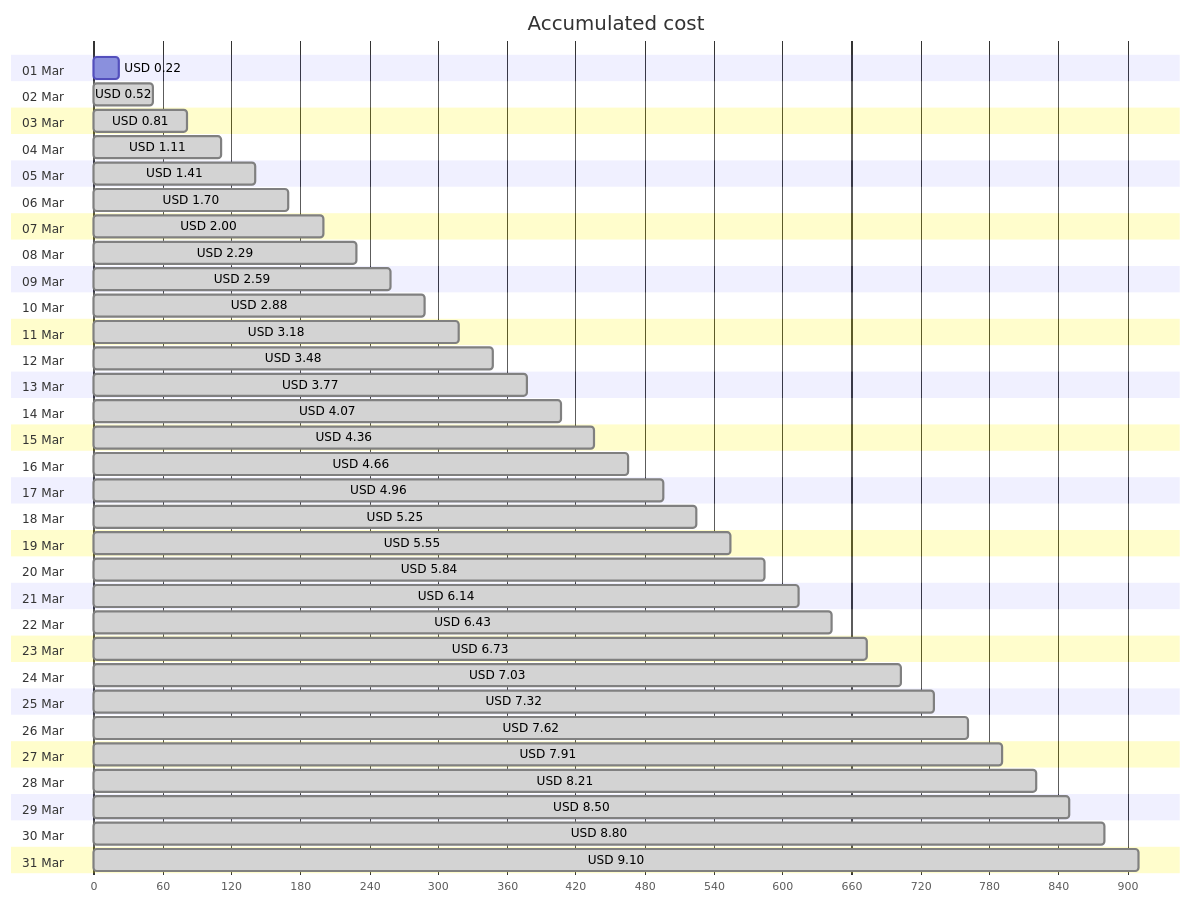
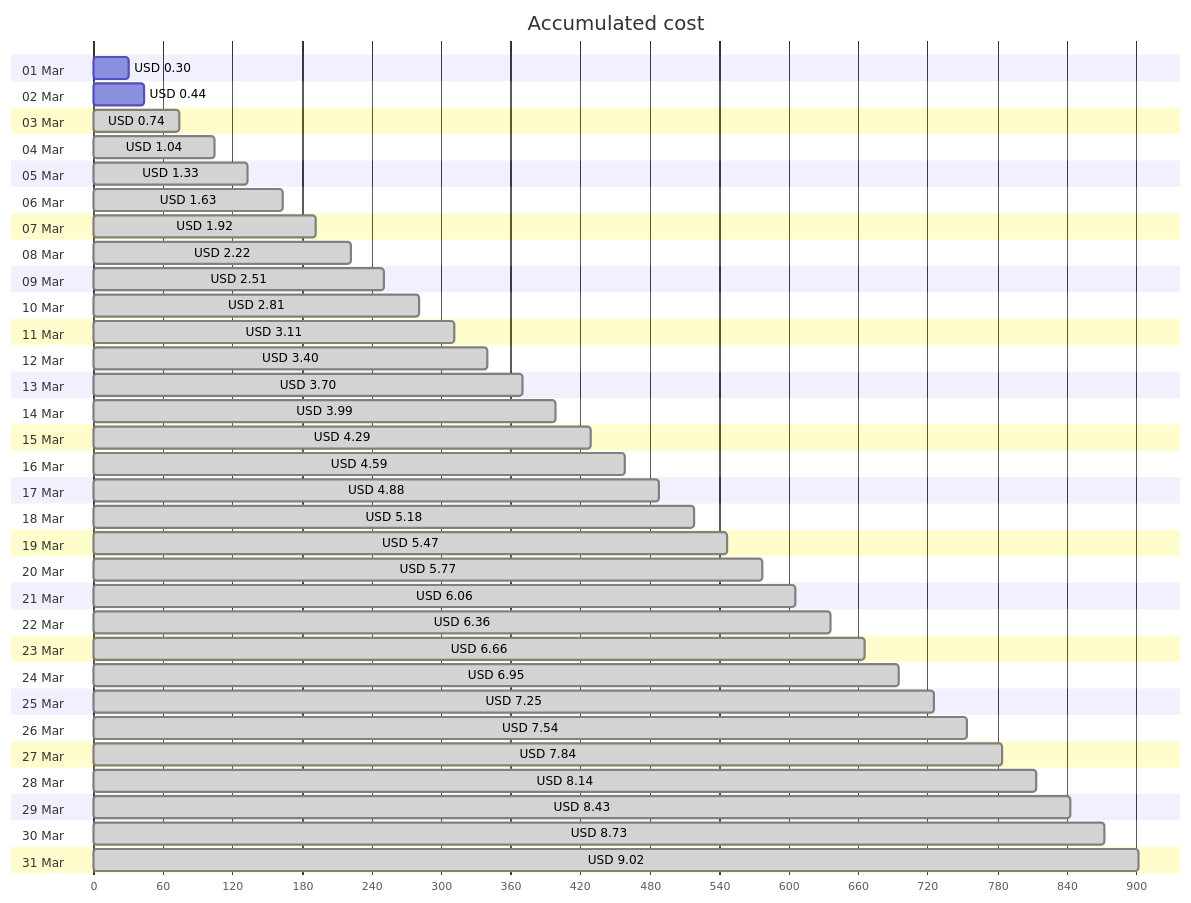
Before and after one commit to jpfulton/azure-personal-reports: the first of 4 diagrams in cost-reports/personal-site/personal-site-preview.md, drawn with Mermaid. The commit also changed other lines of this file and 6 other files, not shown here.

````diff
--- a/cost-reports/personal-site/personal-site-preview.md
+++ b/cost-reports/personal-site/personal-site-preview.md
@@ -20,68 +20,68 @@
 ```mermaid
 gantt
    title Accumulated cost
    dateFormat  X
    axisFormat %s
    section 01 Mar
-   USD 0.22 :0, 22
+   USD 0.30 :0, 30
    section 02 Mar
-   USD 0.52 : done, 0, 52
+   USD 0.44 :0, 44
    section 03 Mar
-   USD 0.81 : done, 0, 81
+   USD 0.74 : done, 0, 74
    section 04 Mar
-   USD 1.11 : done, 0, 111
+   USD 1.04 : done, 0, 104
    section 05 Mar
-   USD 1.41 : done, 0, 141
+   USD 1.33 : done, 0, 133
    section 06 Mar
-   USD 1.70 : done, 0, 170
+   USD 1.63 : done, 0, 163
    section 07 Mar
-   USD 2.00 : done, 0, 200
+   USD 1.92 : done, 0, 192
    section 08 Mar
-   USD 2.29 : done, 0, 229
+   USD 2.22 : done, 0, 222
    section 09 Mar
-   USD 2.59 : done, 0, 259
+   USD 2.51 : done, 0, 251
    section 10 Mar
-   USD 2.88 : done, 0, 288
+   USD 2.81 : done, 0, 281
    section 11 Mar
-   USD 3.18 : done, 0, 318
+   USD 3.11 : done, 0, 311
    section 12 Mar
-   USD 3.48 : done, 0, 348
+   USD 3.40 : done, 0, 340
    section 13 Mar
-   USD 3.77 : done, 0, 377
+   USD 3.70 : done, 0, 370
    section 14 Mar
-   USD 4.07 : done, 0, 407
+   USD 3.99 : done, 0, 399
    section 15 Mar
-   USD 4.36 : done, 0, 436
+   USD 4.29 : done, 0, 429
    section 16 Mar
-   USD 4.66 : done, 0, 466
+   USD 4.59 : done, 0, 459
    section 17 Mar
-   USD 4.96 : done, 0, 496
+   USD 4.88 : done, 0, 488
    section 18 Mar
-   USD 5.25 : done, 0, 525
+   USD 5.18 : done, 0, 518
    section 19 Mar
-   USD 5.55 : done, 0, 555
+   USD 5.47 : done, 0, 547
    section 20 Mar
-   USD 5.84 : done, 0, 584
+   USD 5.77 : done, 0, 577
    section 21 Mar
-   USD 6.14 : done, 0, 614
+   USD 6.06 : done, 0, 606
    section 22 Mar
-   USD 6.43 : done, 0, 643
+   USD 6.36 : done, 0, 636
    section 23 Mar
-   USD 6.73 : done, 0, 673
+   USD 6.66 : done, 0, 666
    section 24 Mar
-   USD 7.03 : done, 0, 703
+   USD 6.95 : done, 0, 695
    section 25 Mar
-   USD 7.32 : done, 0, 732
+   USD 7.25 : done, 0, 725
    section 26 Mar
-   USD 7.62 : done, 0, 762
+   USD 7.54 : done, 0, 754
    section 27 Mar
-   USD 7.91 : done, 0, 791
+   USD 7.84 : done, 0, 784
    section 28 Mar
-   USD 8.21 : done, 0, 821
+   USD 8.14 : done, 0, 814
    section 29 Mar
-   USD 8.50 : done, 0, 850
+   USD 8.43 : done, 0, 843
    section 30 Mar
-   USD 8.80 : done, 0, 880
+   USD 8.73 : done, 0, 873
    section 31 Mar
-   USD 9.10 : done, 0, 910
+   USD 9.02 : done, 0, 902
 ```
````
